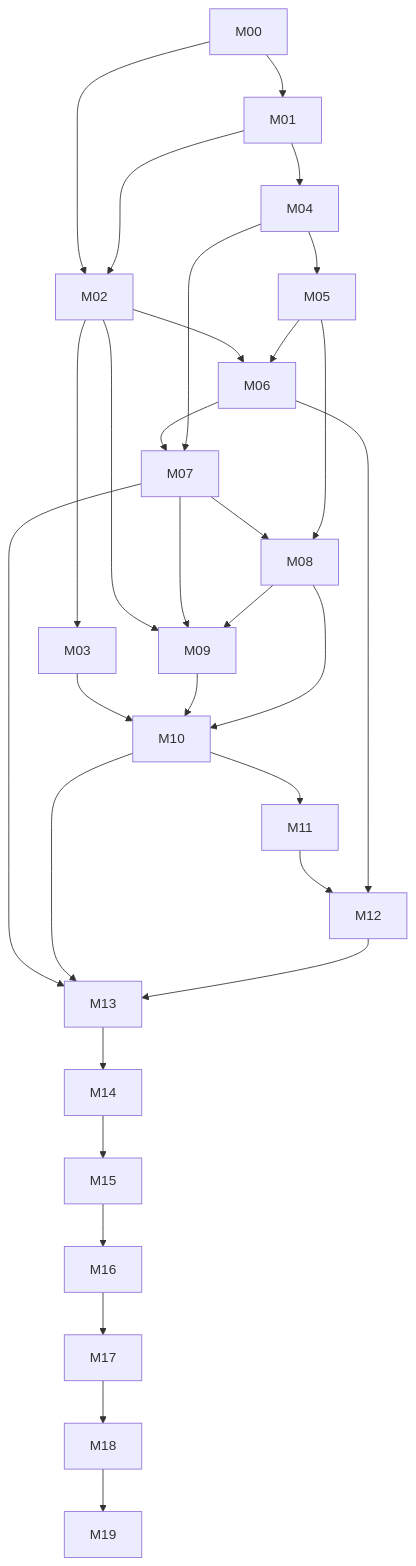
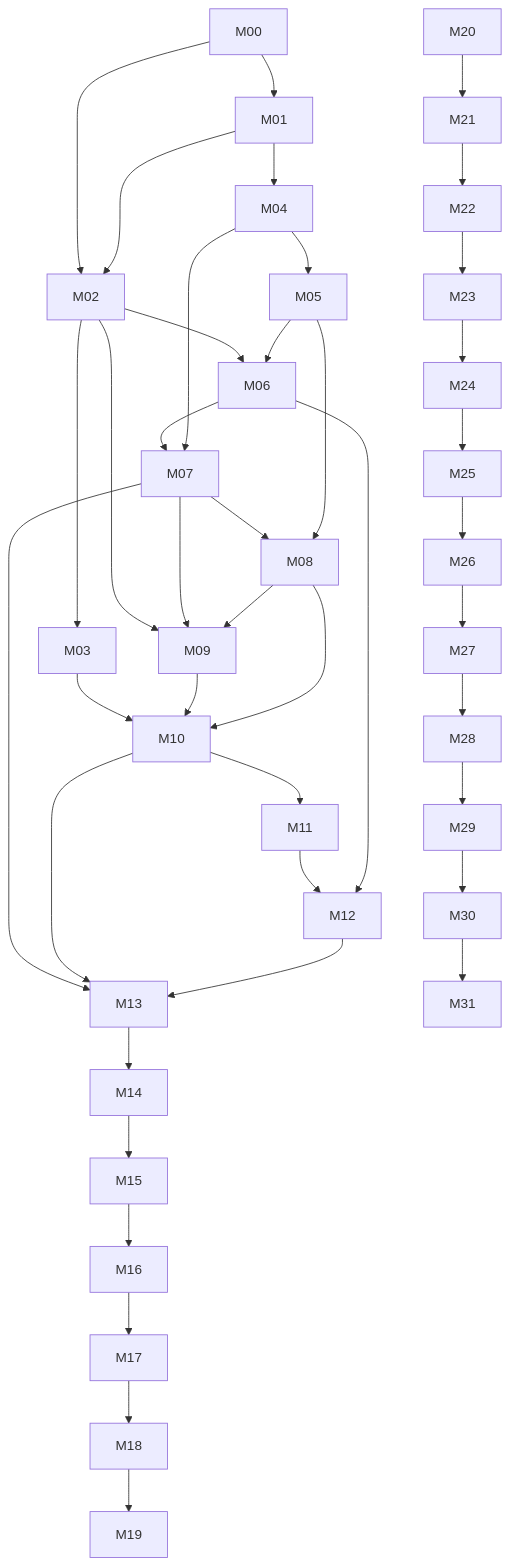
Before and after one commit to Crespillo95/schemabridge-codex-starter: the diagram in plans/MASTER_PLAN.md, drawn with Mermaid. The commit also changed other lines of this file and 560 other files, not shown here.

Commit message:
feat: complete SchemaBridge milestones M20-M28

````diff
--- a/plans/MASTER_PLAN.md
+++ b/plans/MASTER_PLAN.md
@@ -36,33 +88,44 @@
 ```mermaid
 graph TD
   M00 --> M01
   M00 --> M02
   M01 --> M02
   M02 --> M03
   M01 --> M04
   M04 --> M05
   M02 --> M06
   M05 --> M06
   M06 --> M07
   M04 --> M07
   M07 --> M08
   M05 --> M08
   M02 --> M09
   M07 --> M09
   M08 --> M09
   M03 --> M10
   M09 --> M10
   M08 --> M10
   M10 --> M11
   M11 --> M12
   M06 --> M12
   M07 --> M13
   M10 --> M13
   M12 --> M13
   M13 --> M14
   M14 --> M15
   M15 --> M16
   M16 --> M17
   M17 --> M18
   M18 --> M19
+  M20 --> M21
+  M21 --> M22
+  M22 --> M23
+  M23 --> M24
+  M24 --> M25
+  M25 --> M26
+  M26 --> M27
+  M27 --> M28
+  M28 --> M29
+  M29 --> M30
+  M30 --> M31
 ```
````
